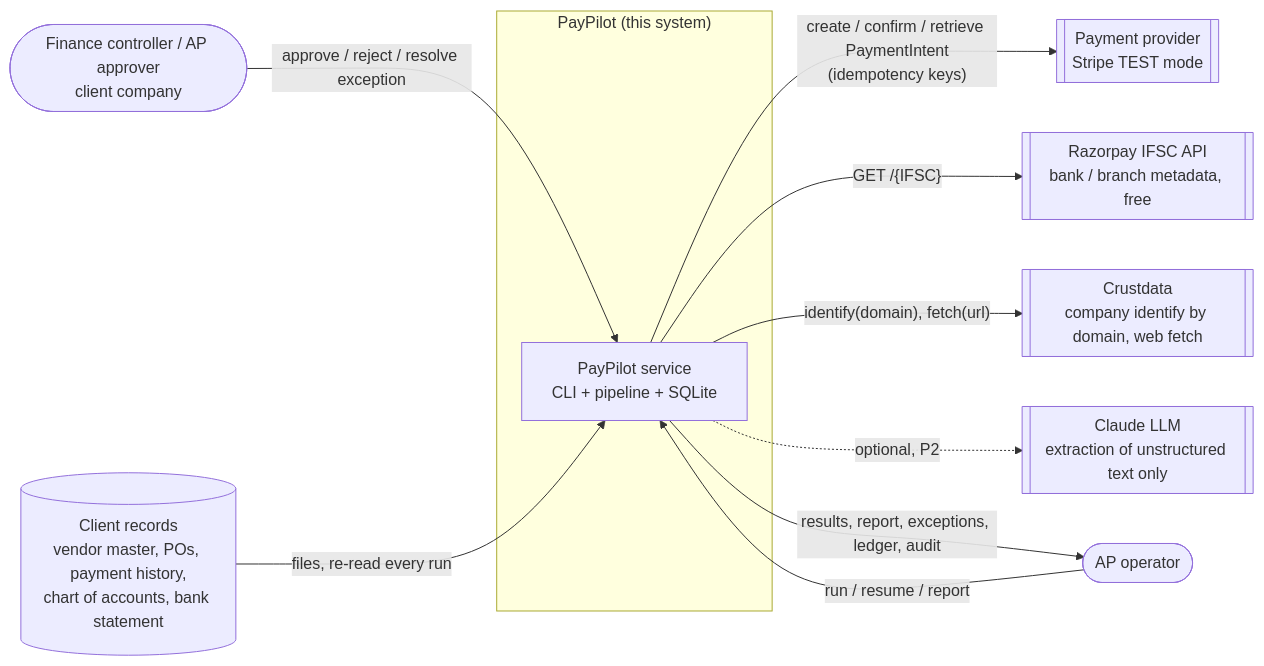
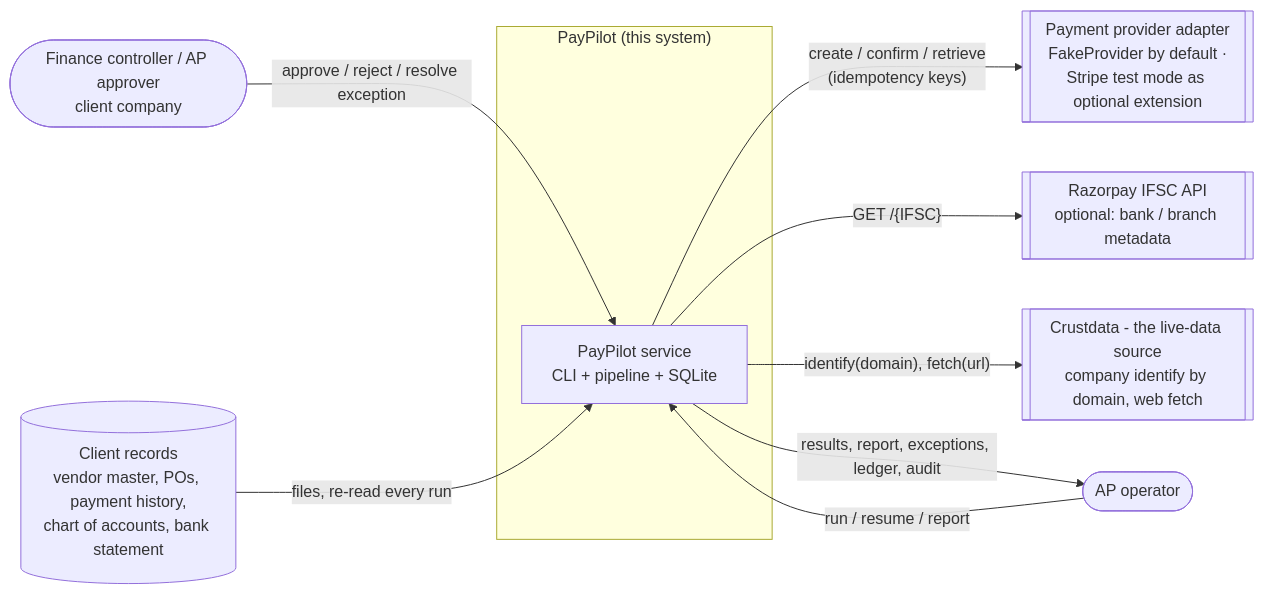
One commit to cypher-daemon/ContextCon_Hackathon changed the first of 9 diagrams in docs/ARCHITECTURE.md. Above: the diagram before and after it, drawn with Mermaid. The commit also changed other lines of this file and 10 other files, not shown here.

````diff
--- a/docs/ARCHITECTURE.md
+++ b/docs/ARCHITECTURE.md
@@ -27,21 +29,19 @@
 ```mermaid
 flowchart LR
   FIN([Finance controller / AP approver<br/>client company])
   OPS([AP operator])
   subgraph PP["PayPilot (this system)"]
     CORE[PayPilot service<br/>CLI + pipeline + SQLite]
   end
   REC[(Client records<br/>vendor master, POs, payment history,<br/>chart of accounts, bank statement)]
-  STRIPE[[Payment provider<br/>Stripe TEST mode]]
-  IFSC[[Razorpay IFSC API<br/>bank / branch metadata, free]]
-  CRU[[Crustdata<br/>company identify by domain, web fetch]]
-  LLM[[Claude LLM<br/>extraction of unstructured text only]]
+  STRIPE[[Payment provider adapter<br/>FakeProvider by default ·<br/>Stripe test mode as optional extension]]
+  IFSC[[Razorpay IFSC API<br/>optional: bank / branch metadata]]
+  CRU[[Crustdata - the live-data source<br/>company identify by domain, web fetch]]
   OPS -- "run / resume / report" --> CORE
   FIN -- "approve / reject / resolve exception" --> CORE
   REC -- "files, re-read every run" --> CORE
-  CORE -- "create / confirm / retrieve PaymentIntent<br/>(idempotency keys)" --> STRIPE
+  CORE -- "create / confirm / retrieve<br/>(idempotency keys)" --> STRIPE
   CORE -- "GET /{IFSC}" --> IFSC
   CORE -- "identify(domain), fetch(url)" --> CRU
-  CORE -. "optional, P2" .-> LLM
   CORE -- "results, report, exceptions, ledger, audit" --> OPS
 ```
````
